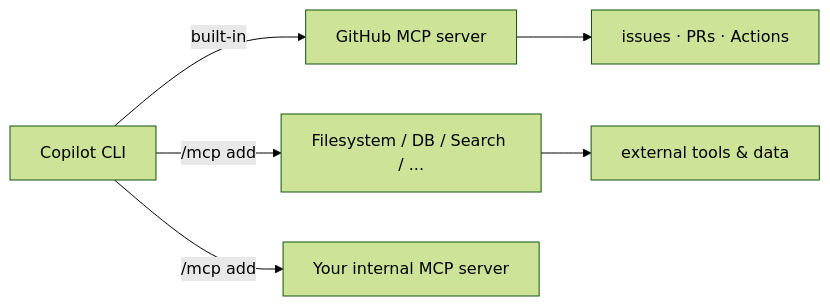
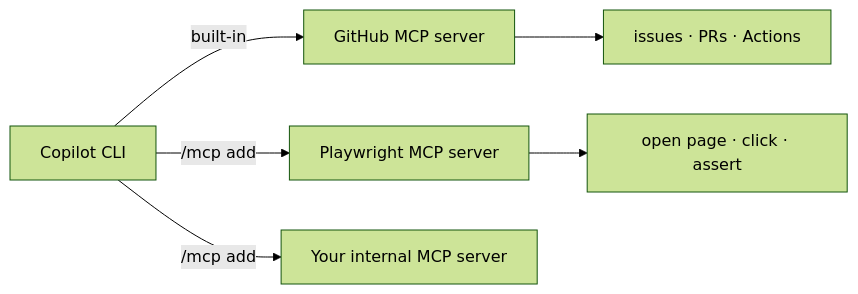
One commit to ks6088ts/template-github-copilot changed the diagram in docs/copilot_cli_tutorial/demos/05_mcp_integration.ja.md. Above: the diagram before and after it, drawn with Mermaid (forest theme). The commit also changed other lines of this file and 19 other files, not shown here.

````diff
--- a/docs/copilot_cli_tutorial/demos/05_mcp_integration.ja.md
+++ b/docs/copilot_cli_tutorial/demos/05_mcp_integration.ja.md
@@ -8,8 +10,8 @@
 ```mermaid
 graph LR
     CLI[Copilot CLI] -->|built-in| GH[GitHub MCP server]
-    CLI -->|/mcp add| X1[Filesystem / DB / Search / ...]
+    CLI -->|/mcp add| PW[Playwright MCP server]
     CLI -->|/mcp add| X2[Your internal MCP server]
     GH --> Tools1[issues · PRs · Actions]
-    X1 --> Tools2[external tools & data]
+    PW --> Tools2[open page · click · assert]
 ```
````
